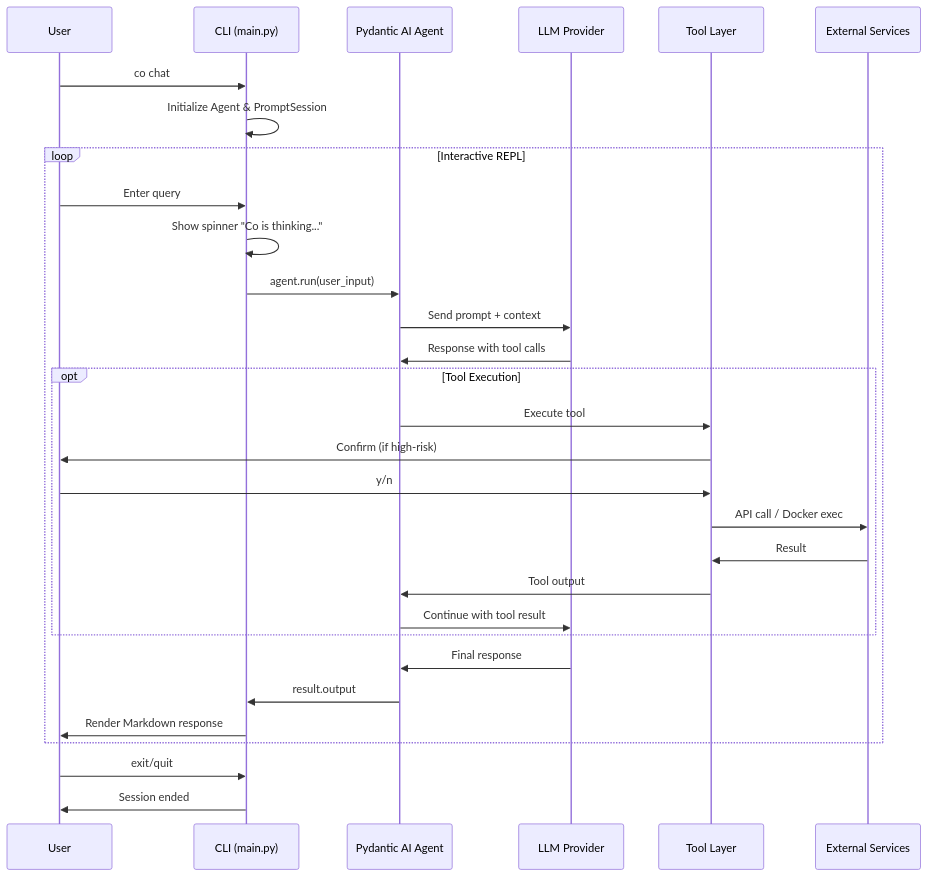
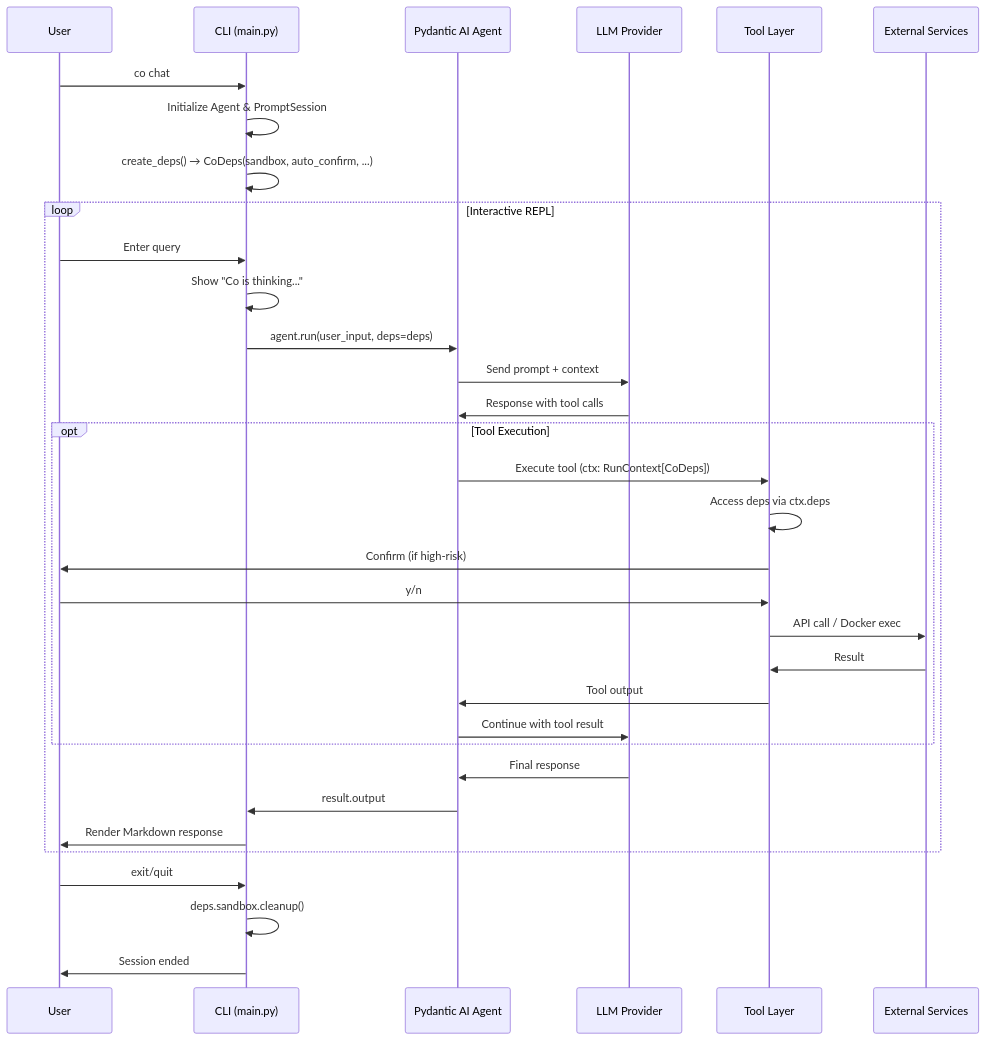
Before and after one commit to binlecode/co-cli: the second of 13 diagrams in docs/DESIGN-co-cli.md, drawn with Mermaid. The commit also changed other lines of this file and 25 other files, not shown here.

First line of the commit message:
Migrate Google/Slack tools to RunContext, add API error detection and research doc

````diff
--- a/docs/DESIGN-co-cli.md
+++ b/docs/DESIGN-co-cli.md
@@ -88,37 +92,40 @@
 ```mermaid
 sequenceDiagram
     participant User
     participant CLI as CLI (main.py)
     participant Agent as Pydantic AI Agent
     participant LLM as LLM Provider
     participant Tools as Tool Layer
     participant External as External Services
 
     User->>CLI: co chat
     CLI->>CLI: Initialize Agent & PromptSession
+    CLI->>CLI: create_deps() → CoDeps(sandbox, auto_confirm, ...)
 
     loop Interactive REPL
         User->>CLI: Enter query
-        CLI->>CLI: Show spinner "Co is thinking..."
-        CLI->>Agent: agent.run(user_input)
+        CLI->>CLI: Show "Co is thinking..."
+        CLI->>Agent: agent.run(user_input, deps=deps)
         Agent->>LLM: Send prompt + context
         LLM->>Agent: Response with tool calls
 
         opt Tool Execution
-            Agent->>Tools: Execute tool
+            Agent->>Tools: Execute tool (ctx: RunContext[CoDeps])
+            Tools->>Tools: Access deps via ctx.deps
             Tools->>User: Confirm (if high-risk)
             User->>Tools: y/n
             Tools->>External: API call / Docker exec
             External->>Tools: Result
             Tools->>Agent: Tool output
             Agent->>LLM: Continue with tool result
         end
 
         LLM->>Agent: Final response
         Agent->>CLI: result.output
         CLI->>User: Render Markdown response
     end
 
     User->>CLI: exit/quit
+    CLI->>CLI: deps.sandbox.cleanup()
     CLI->>User: Session ended
 ```
````
